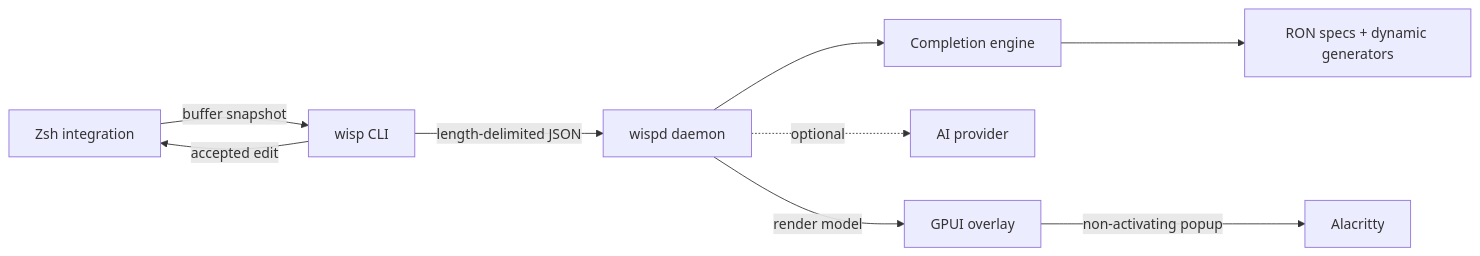
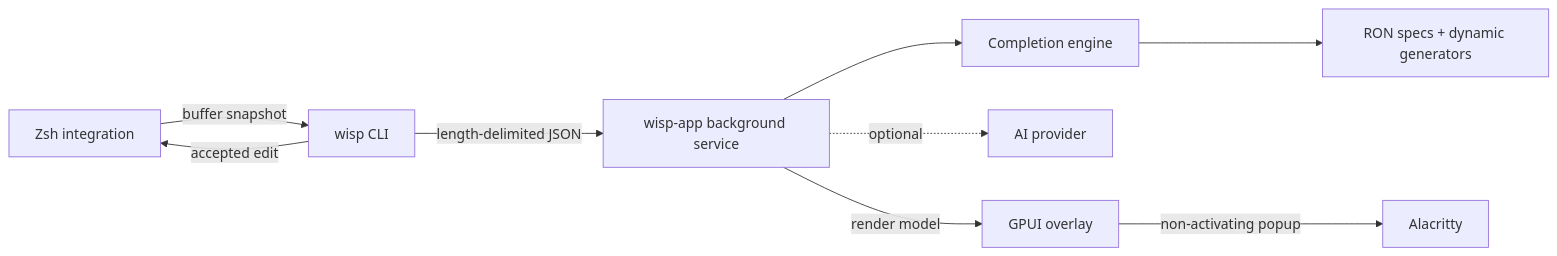
One commit to yoogoc/wisp changed the diagram in README.md. Above: the diagram before and after it, drawn with Mermaid. The commit also changed other lines of this file and 6 other files, not shown here.

Commit message:
feat: run Wisp as a menu bar app

````diff
--- a/README.md
+++ b/README.md
@@ -140,11 +140,11 @@
 ```mermaid
 flowchart LR
     Z[Zsh integration] -->|buffer snapshot| C[wisp CLI]
-    C -->|length-delimited JSON| D[wispd daemon]
+    C -->|length-delimited JSON| D[wisp-app background service]
     D --> E[Completion engine]
     D -. optional .-> A[AI provider]
     E --> S[RON specs + dynamic generators]
     D -->|render model| O[GPUI overlay]
     O -->|non-activating popup| T[Alacritty]
     C -->|accepted edit| Z
 ```
````
